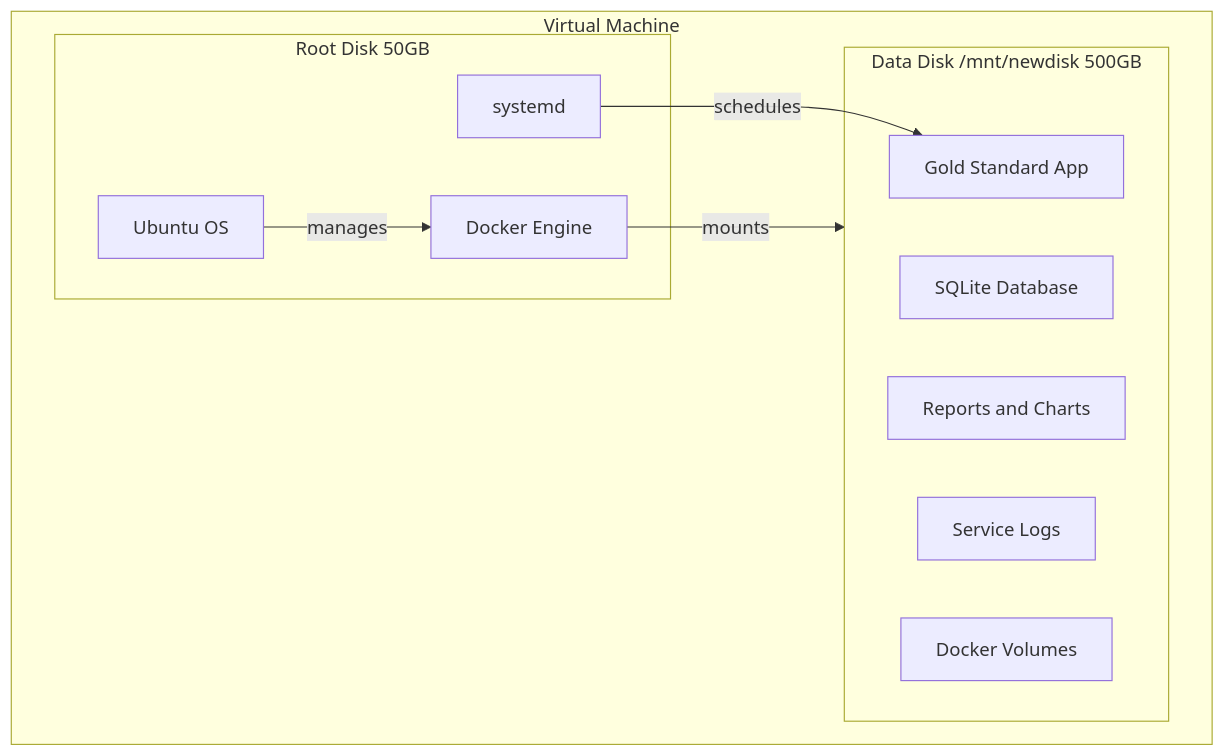
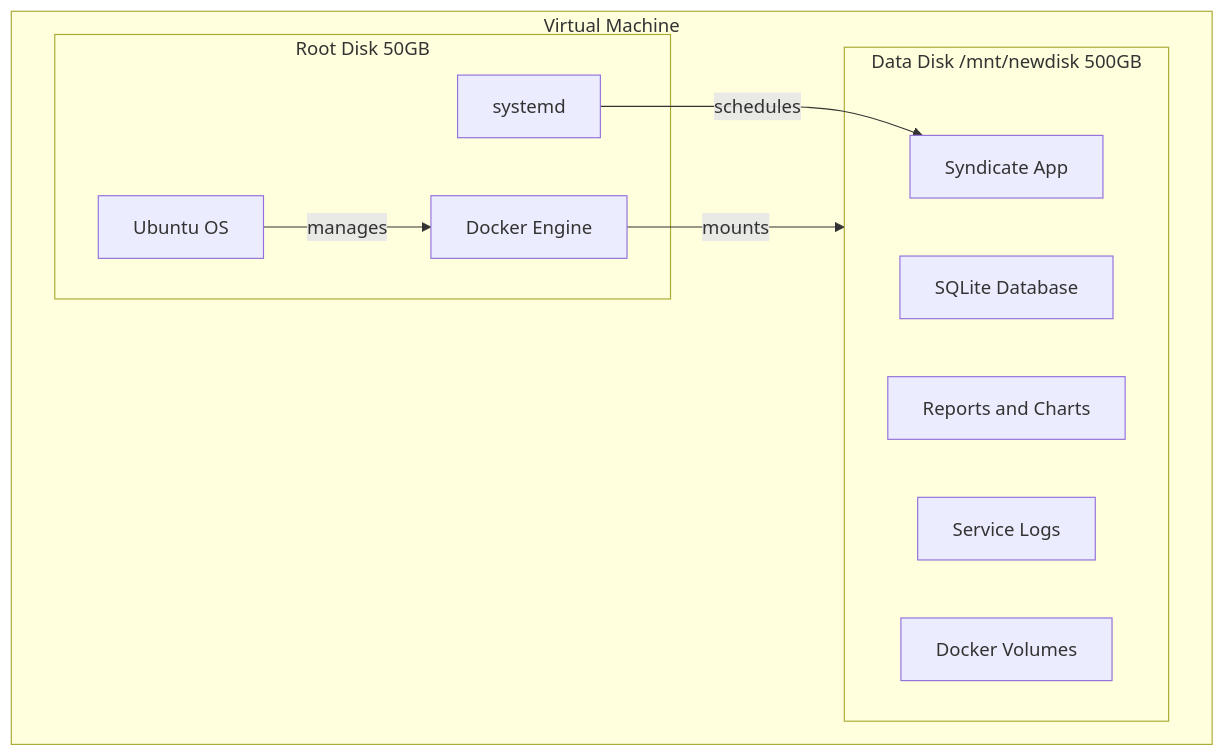
Before and after one commit to amuzetnoM/gold_standard: the first of 2 diagrams in docs/virtual_machine/setup_log.md, drawn with Mermaid. The commit also changed other lines of this file and 30 other files, not shown here.

````diff
--- a/docs/virtual_machine/setup_log.md
+++ b/docs/virtual_machine/setup_log.md
@@ -18,21 +18,21 @@
 ```mermaid
 graph TB
     subgraph VM[Virtual Machine]
         subgraph ROOT[Root Disk 50GB]
             OS[Ubuntu OS]
             DOCKER[Docker Engine]
             SYSTEMD[systemd]
         end
         subgraph DATA[Data Disk /mnt/newdisk 500GB]
-            APP[Gold Standard App]
+            APP[Syndicate App]
             DB[SQLite Database]
             OUTPUT[Reports and Charts]
             LOGS[Service Logs]
             VOLUMES[Docker Volumes]
         end
     end
 
     OS --> |manages| DOCKER
     DOCKER --> |mounts| DATA
     SYSTEMD --> |schedules| APP
 ```
````
